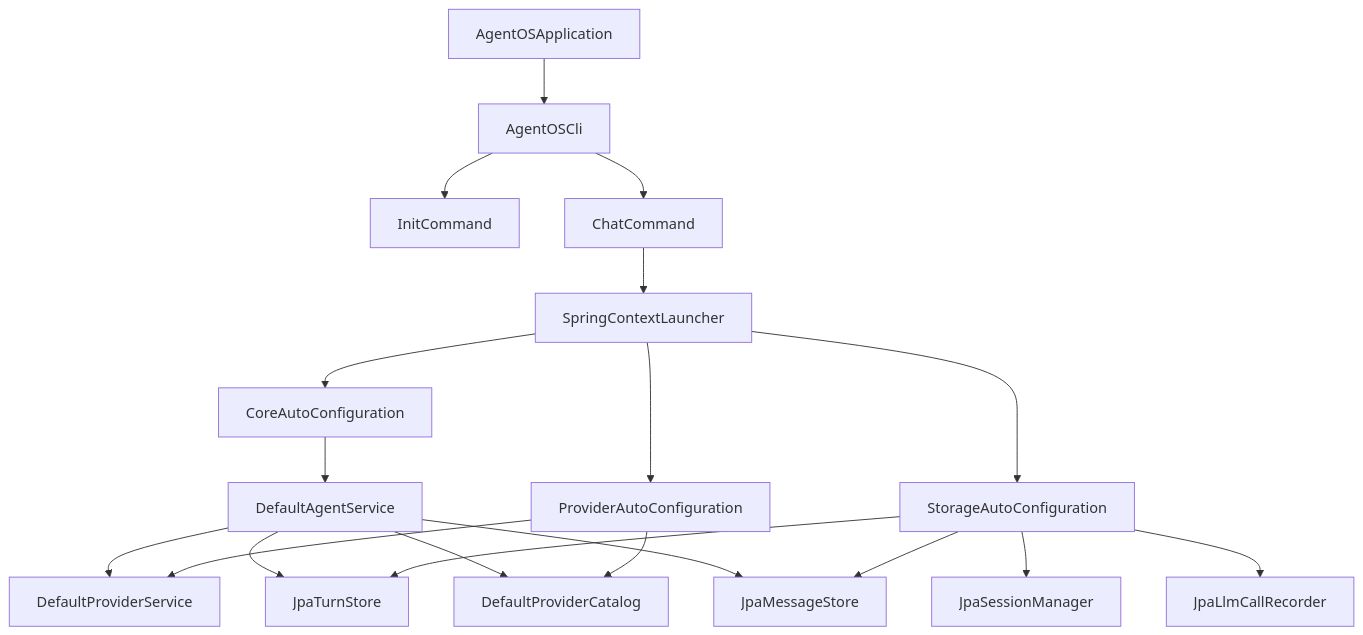
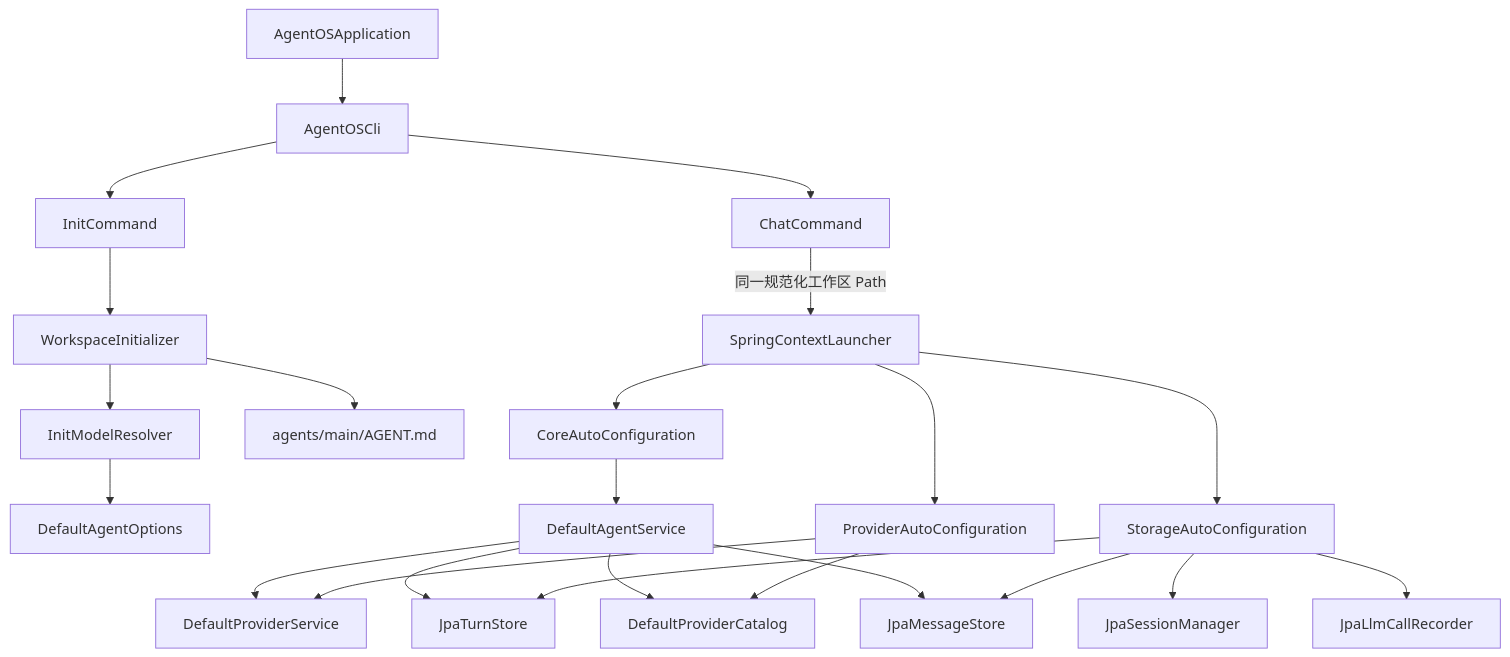
Before and after one commit to wangkaiqistart/agent-os: the first of 5 diagrams in docs/code-reading/ClassStructure.md, drawn with Mermaid. The commit also changed other lines of this file and 5 other files, not shown here.

````diff
--- a/docs/code-reading/ClassStructure.md
+++ b/docs/code-reading/ClassStructure.md
@@ -16,21 +16,25 @@
 ```mermaid
 flowchart TD
     Boot[AgentOSApplication] --> CLI[AgentOSCli]
     CLI --> Init[InitCommand]
+    Init --> Workspace[WorkspaceInitializer]
+    Workspace --> Resolver[InitModelResolver]
+    Resolver --> Options[DefaultAgentOptions]
+    Workspace --> Main[agents/main/AGENT.md]
     CLI --> Chat[ChatCommand]
-    Chat --> Launcher[SpringContextLauncher]
+    Chat -->|同一规范化工作区 Path| Launcher[SpringContextLauncher]
     Launcher --> CoreAuto[CoreAutoConfiguration]
     Launcher --> ProviderAuto[ProviderAutoConfiguration]
     Launcher --> StorageAuto[StorageAutoConfiguration]
     CoreAuto --> Service[DefaultAgentService]
     ProviderAuto --> Provider[DefaultProviderService]
     ProviderAuto --> Catalog[DefaultProviderCatalog]
     StorageAuto --> Turn[JpaTurnStore]
     StorageAuto --> Messages[JpaMessageStore]
     StorageAuto --> Sessions[JpaSessionManager]
     StorageAuto --> Audit[JpaLlmCallRecorder]
     Service --> Provider
     Service --> Turn
     Service --> Messages
     Service --> Catalog
 ```
````
